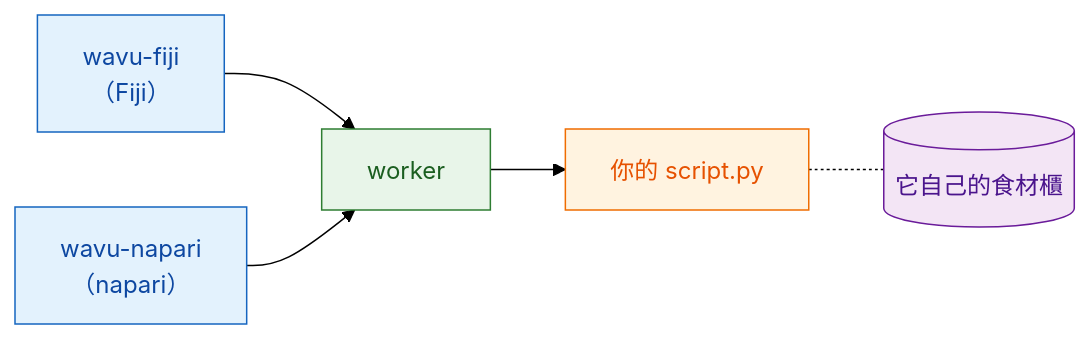
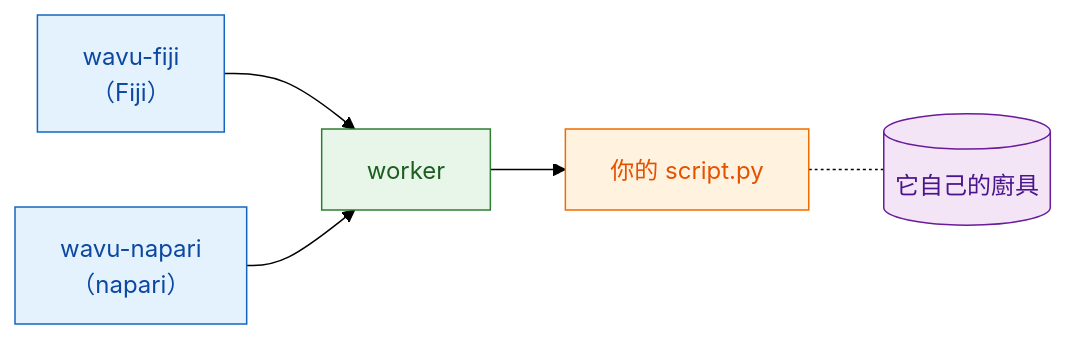
The diagram in guide/model/what-is-wavu.zh-Hant.md (Oxford-Zeiss-Centre-of-Excellence/Wavu), drawn with Mermaid (forest theme) before and after one commit. The commit also changed other lines of this file and 221 other files, not shown here.

````diff
--- a/guide/model/what-is-wavu.zh-Hant.md
+++ b/guide/model/what-is-wavu.zh-Hant.md
@@ -35,17 +36,17 @@
 ```mermaid
 flowchart LR
     F["wavu-fiji<br/>（Fiji）"]:::fiji
     N["wavu-napari<br/>（napari）"]:::fiji
     W["worker"]:::worker
     S["你的 script.py"]:::script
-    E[("它自己的食材櫃")]:::env
+    E[("它自己的廚具")]:::env
     F --> W
     N --> W
     W --> S
     S -.- E
 
     classDef fiji   fill:#e3f2fd,stroke:#1565c0,color:#0d47a1
     classDef worker fill:#e8f5e9,stroke:#2e7d32,color:#1b5e20
     classDef script fill:#fff3e0,stroke:#ef6c00,color:#e65100
     classDef env    fill:#f3e5f5,stroke:#6a1b9a,color:#4a148c
 ```
````
